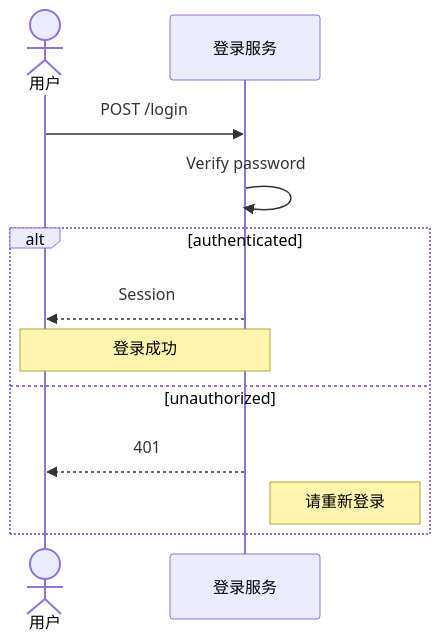
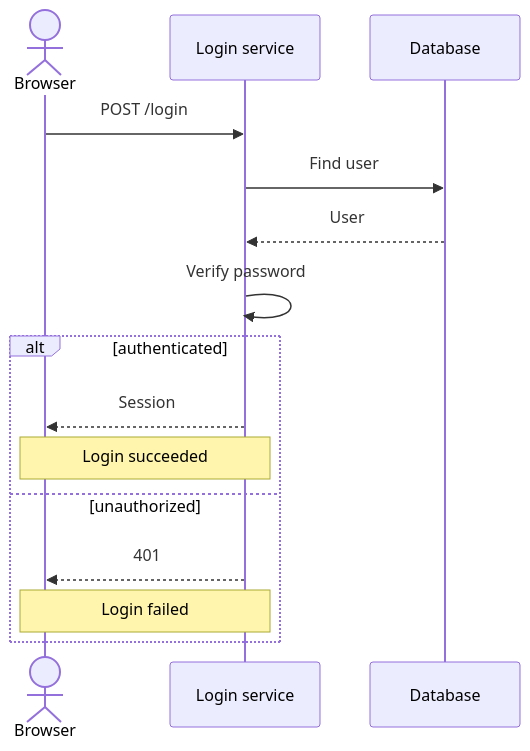
One commit to KunxianWang/SeqShow changed the diagram in README.md. Above: the diagram before and after it, drawn with Mermaid. The commit also changed other lines of this file and 114 other files, not shown here.

````diff
--- a/README.md
+++ b/README.md
@@ -31,14 +86,17 @@
 ```mermaid
 sequenceDiagram
-actor U as 用户
-participant API as 登录服务
-U->>API: POST /login
-API->>API: Verify password
-alt authenticated
-  API-->>U: Session
-  Note over U,API: 登录成功
-else unauthorized
-  API-->>U: 401
-  Note right of API: 请重新登录
-end
+    actor U as Browser
+    participant API as Login service
+    participant DB as Database
+    U->>API: POST /login
+    API->>DB: Find user
+    DB-->>API: User
+    API->>API: Verify password
+    alt authenticated
+        API-->>U: Session
+        Note over U,API: Login succeeded
+    else unauthorized
+        API-->>U: 401
+        Note over U,API: Login failed
+    end
 ```
````
